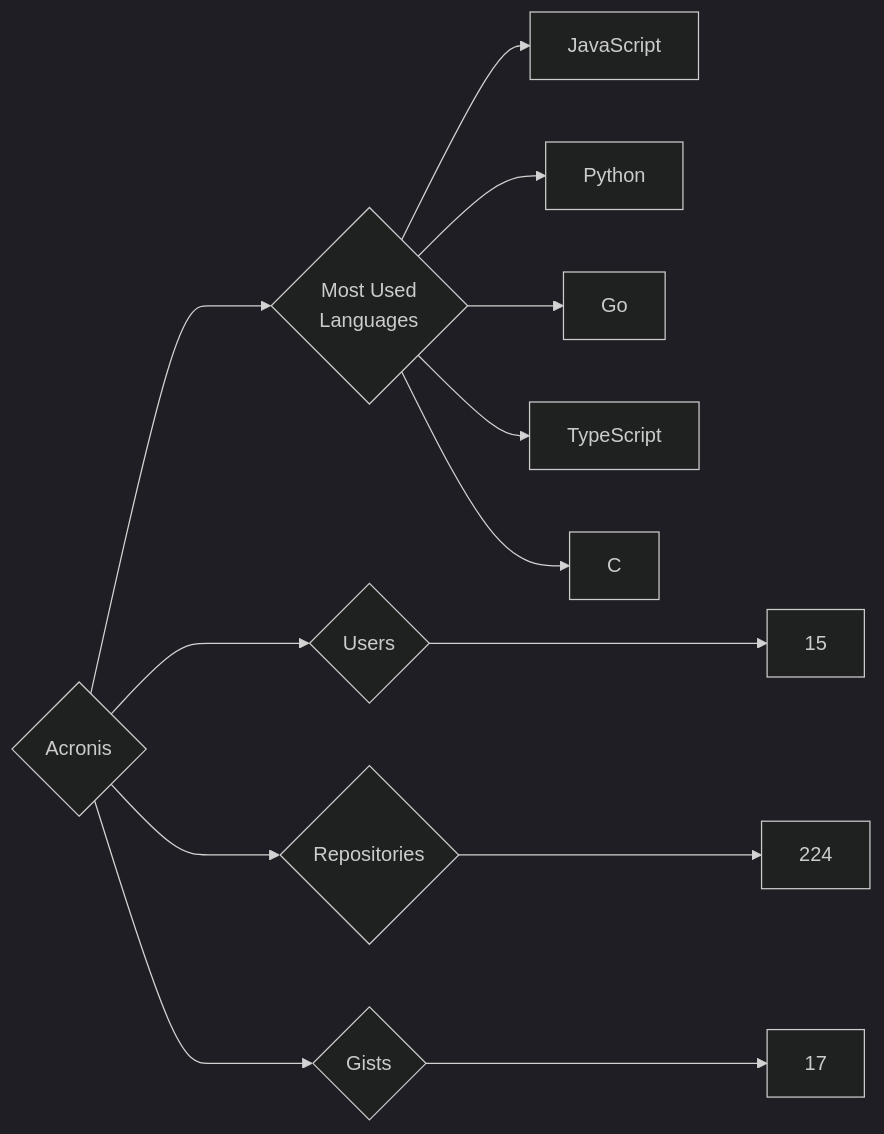
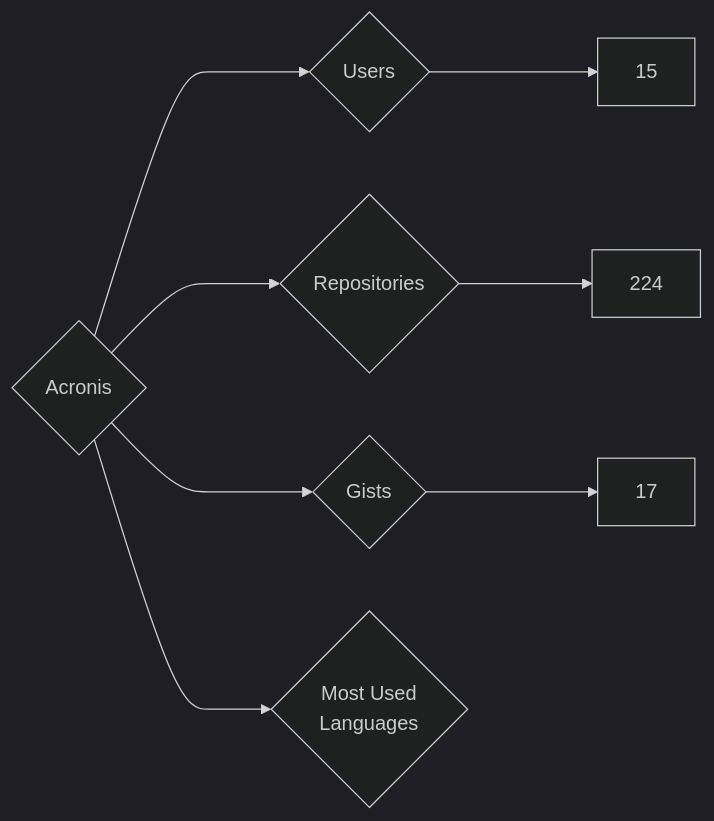
One commit to nenadzaric/insiders changed the diagram in targets/Acronis/README.md. Above: the diagram before and after it, drawn with Mermaid (dark theme). The commit also changed 14 other files, not shown here.

````diff
--- a/targets/Acronis/README.md
+++ b/targets/Acronis/README.md
@@ -3,13 +3,8 @@
 ```mermaid
 graph LR
 COMPANY_NAME{Acronis}
 COMPANY_NAME ---> U{Users} ---> UN[15]
 COMPANY_NAME ---> R{Repositories} ---> RN[224]
 COMPANY_NAME ---> G{Gists} ---> GN[17]
 COMPANY_NAME ---> ML{Most Used<br>Languages}
-ML --> JavaScript[JavaScript]
-ML --> Python[Python]
-ML --> Go[Go]
-ML --> TypeScript[TypeScript]
-ML --> C[C]
 ```
````
